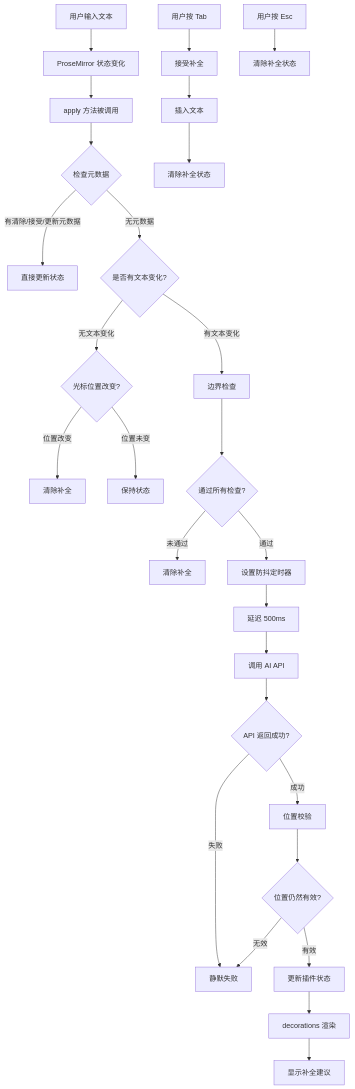
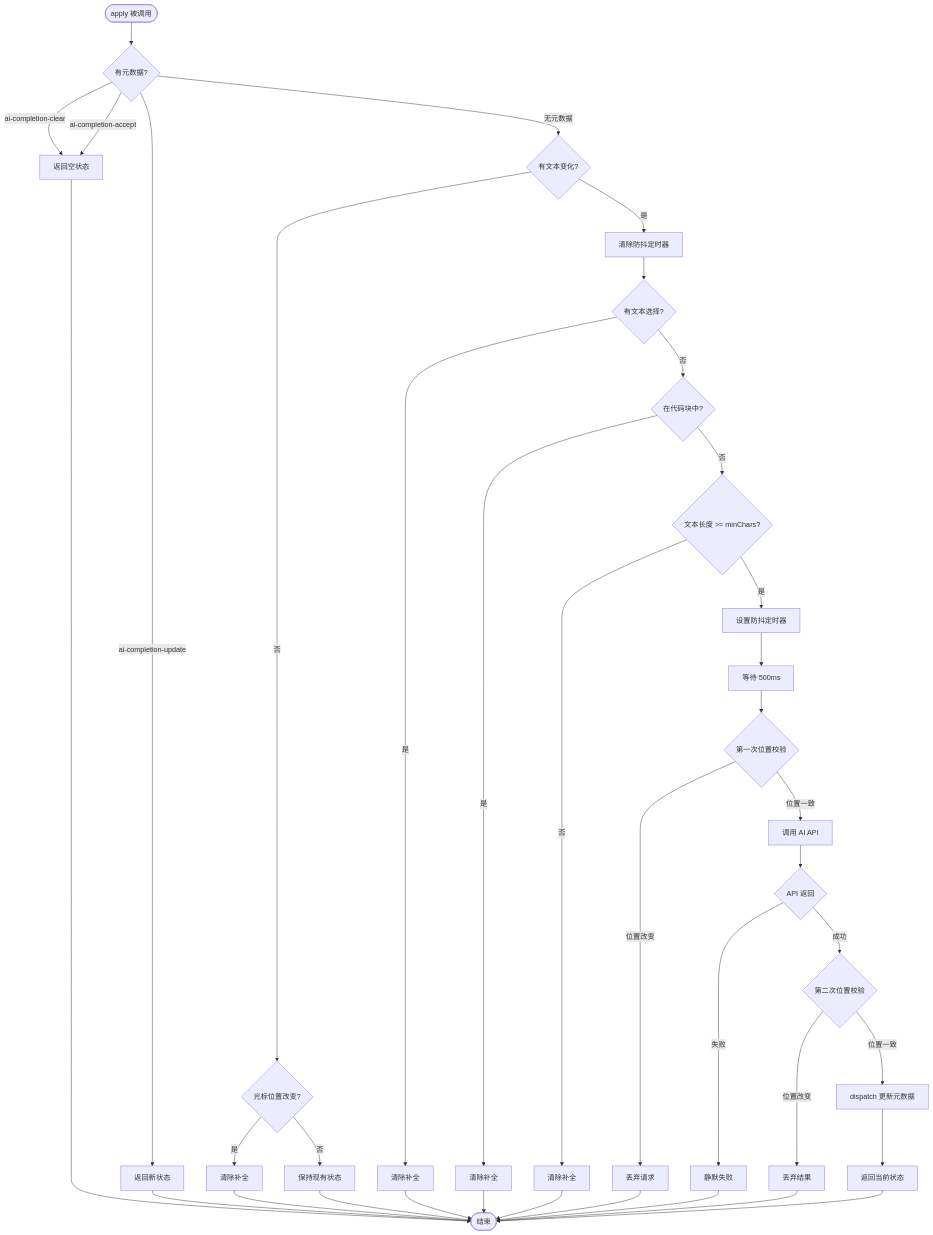
Before and after one commit to flawlessv/Spring-Lament-Blog: the second of 2 diagrams in docs/ai/AI补全扩展技术文档.md, drawn with Mermaid. The commit also changed other lines of this file, not shown here.

Commit message:
docs: update AI completion documentation to clarify functional requirements, core interaction processes, and implementation challenges, enhancing understanding of the AI-assisted Markdown editing experience

````diff
--- a/docs/ai/AI补全扩展技术文档.md
+++ b/docs/ai/AI补全扩展技术文档.md
@@ -359,31 +291,47 @@
 ```mermaid
 graph TB
-    A[用户输入文本] --> B[ProseMirror 状态变化]
-    B --> C[apply 方法被调用]
-    C --> D{检查元数据}
-    D -->|有清除/接受/更新元数据| E[直接更新状态]
-    D -->|无元数据| F{是否有文本变化?}
-    F -->|无文本变化| G{光标位置改变?}
-    G -->|位置改变| H[清除补全]
-    G -->|位置未变| I[保持状态]
-    F -->|有文本变化| J[边界检查]
-    J --> K{通过所有检查?}
-    K -->|未通过| L[清除补全]
-    K -->|通过| M[设置防抖定时器]
-    M --> N[延迟 500ms]
-    N --> O[调用 AI API]
-    O --> P{API 返回成功?}
-    P -->|失败| Q[静默失败]
-    P -->|成功| R[位置校验]
-    R --> S{位置仍然有效?}
-    S -->|无效| Q
-    S -->|有效| T[更新插件状态]
-    T --> U[decorations 渲染]
-    U --> V[显示补全建议]
+    Start([apply 被调用]) --> MetaCheck{有元数据?}
 
-    W[用户按 Tab] --> X[接受补全]
-    X --> Y[插入文本]
-    Y --> Z[清除补全状态]
+    MetaCheck -->|ai-completion-clear| ClearMeta[返回空状态]
+    MetaCheck -->|ai-completion-accept| ClearMeta
+    MetaCheck -->|ai-completion-update| UpdateMeta[返回新状态]
+    MetaCheck -->|无元数据| TextChange{有文本变化?}
 
-    AA[用户按 Esc] --> BB[清除补全状态]
+    TextChange -->|否| CursorMove{光标位置改变?}
+    CursorMove -->|是| ClearByCursor[清除补全]
+    CursorMove -->|否| KeepState[保持现有状态]
+
+    TextChange -->|是| ClearTimer[清除防抖定时器]
+    ClearTimer --> Check1{有文本选择?}
+    Check1 -->|是| ClearBySelection[清除补全]
+    Check1 -->|否| Check2{在代码块中?}
+    Check2 -->|是| ClearByCodeBlock[清除补全]
+    Check2 -->|否| Check3{文本长度 >= minChars?}
+    Check3 -->|否| ClearByLength[清除补全]
+    Check3 -->|是| SetTimer[设置防抖定时器]
+
+    SetTimer --> Wait[等待 500ms]
+    Wait --> Validate1{第一次位置校验}
+    Validate1 -->|位置改变| Discard1[丢弃请求]
+    Validate1 -->|位置一致| CallAPI[调用 AI API]
+
+    CallAPI --> APIResult{API 返回}
+    APIResult -->|失败| SilentFail[静默失败]
+    APIResult -->|成功| Validate2{第二次位置校验}
+
+    Validate2 -->|位置改变| Discard2[丢弃结果]
+    Validate2 -->|位置一致| DispatchMeta[dispatch 更新元数据]
+    DispatchMeta --> ReturnCurrent[返回当前状态]
+
+    ClearMeta --> End([结束])
+    UpdateMeta --> End
+    ClearByCursor --> End
+    KeepState --> End
+    ClearBySelection --> End
+    ClearByCodeBlock --> End
+    ClearByLength --> End
+    Discard1 --> End
+    SilentFail --> End
+    Discard2 --> End
+    ReturnCurrent --> End
 ```
````
